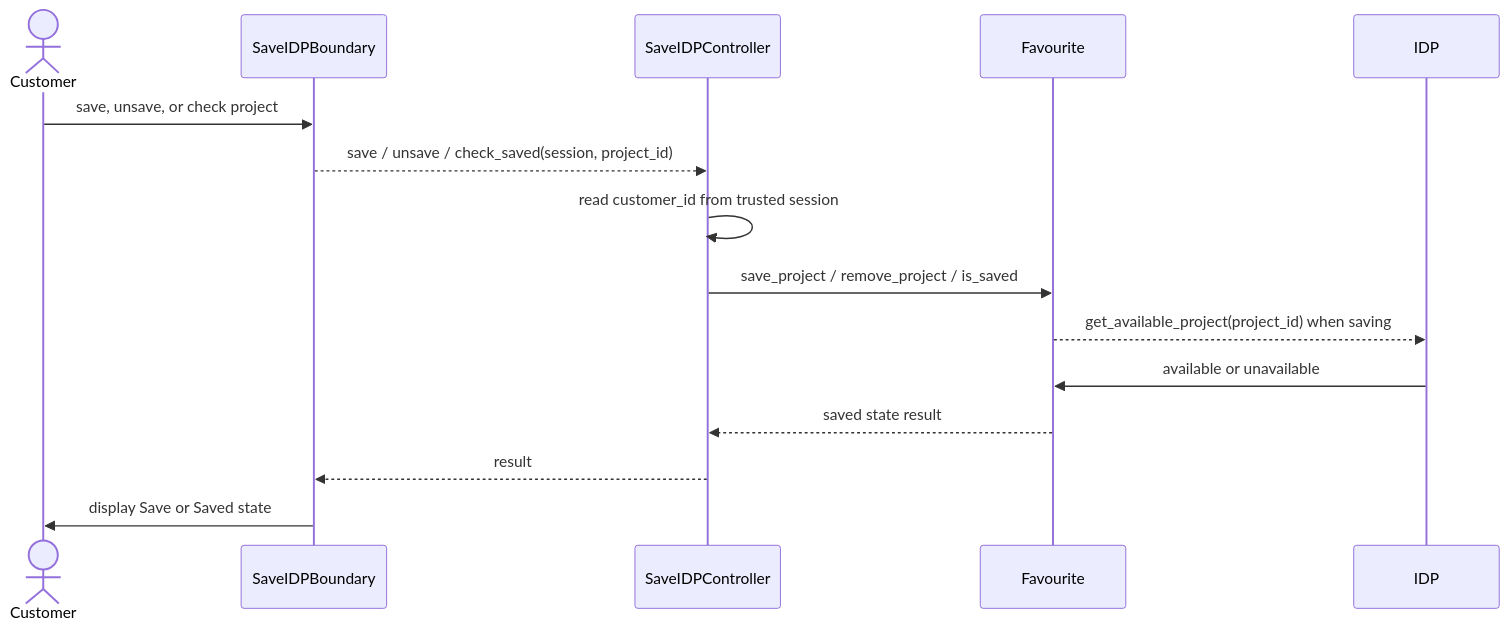
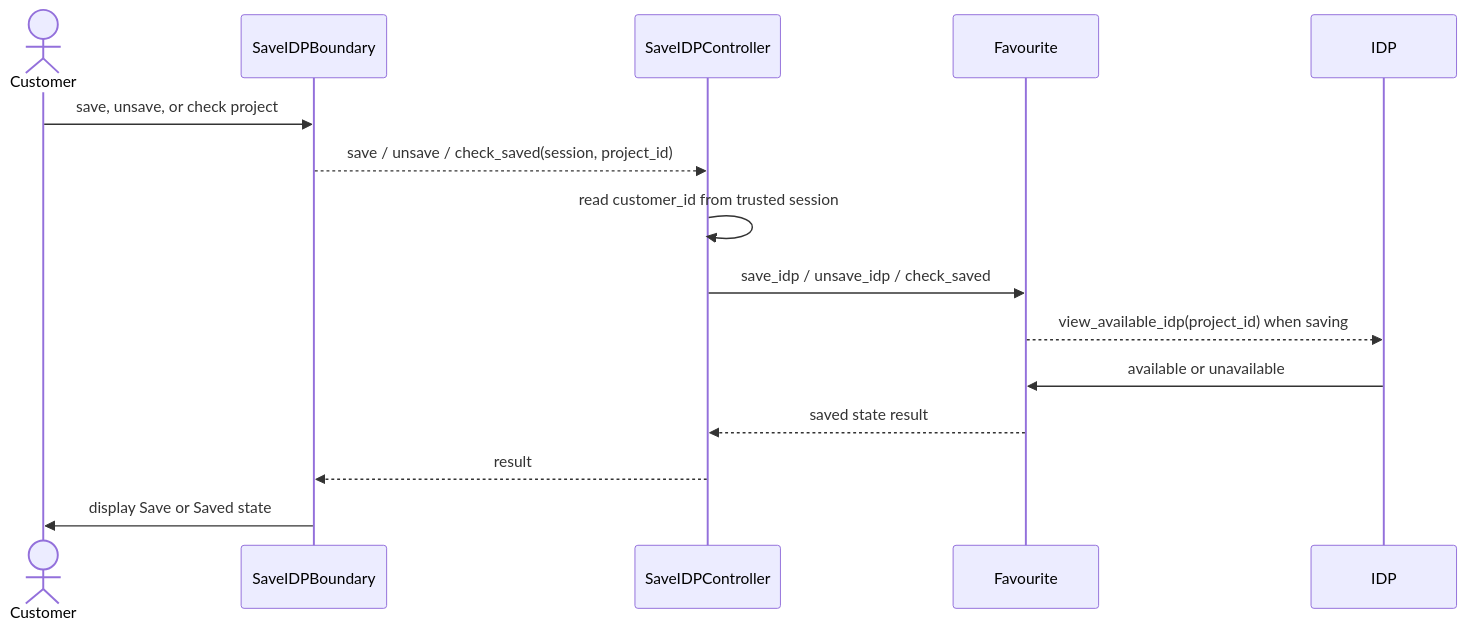
Before and after one commit to boyinapuddle/CSIT314-Chinese: the second of 2 diagrams in diagrams/US32_Save_or_Unsave_IDP/README.md, drawn with Mermaid. The commit also changed other lines of this file and 140 other files, not shown here.

````diff
--- a/diagrams/US32_Save_or_Unsave_IDP/README.md
+++ b/diagrams/US32_Save_or_Unsave_IDP/README.md
@@ -23,17 +23,17 @@
 ```mermaid
 sequenceDiagram
     actor P0 as Customer
     participant P1 as SaveIDPBoundary
     participant P2 as SaveIDPController
     participant P3 as Favourite
     participant P4 as IDP
     P0->>P1: save, unsave, or check project
     P1-->>P2: save / unsave / check_saved(session, project_id)
     P2->>P2: read customer_id from trusted session
-    P2->>P3: save_project / remove_project / is_saved
-    P3-->>P4: get_available_project(project_id) when saving
+    P2->>P3: save_idp / unsave_idp / check_saved
+    P3-->>P4: view_available_idp(project_id) when saving
     P4->>P3: available or unavailable
     P3-->>P2: saved state result
     P2-->>P1: result
     P1->>P0: display Save or Saved state
 ```
````
